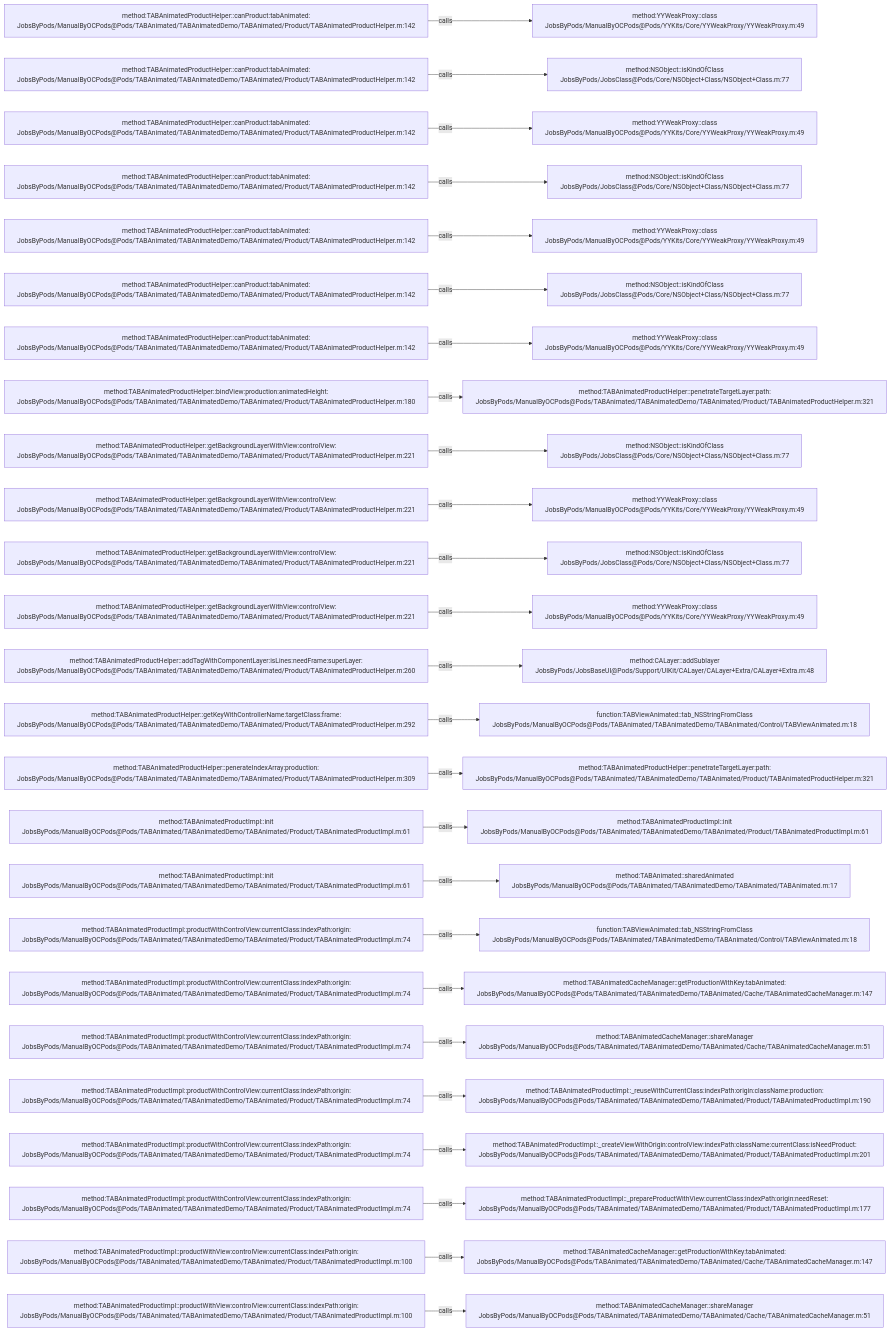
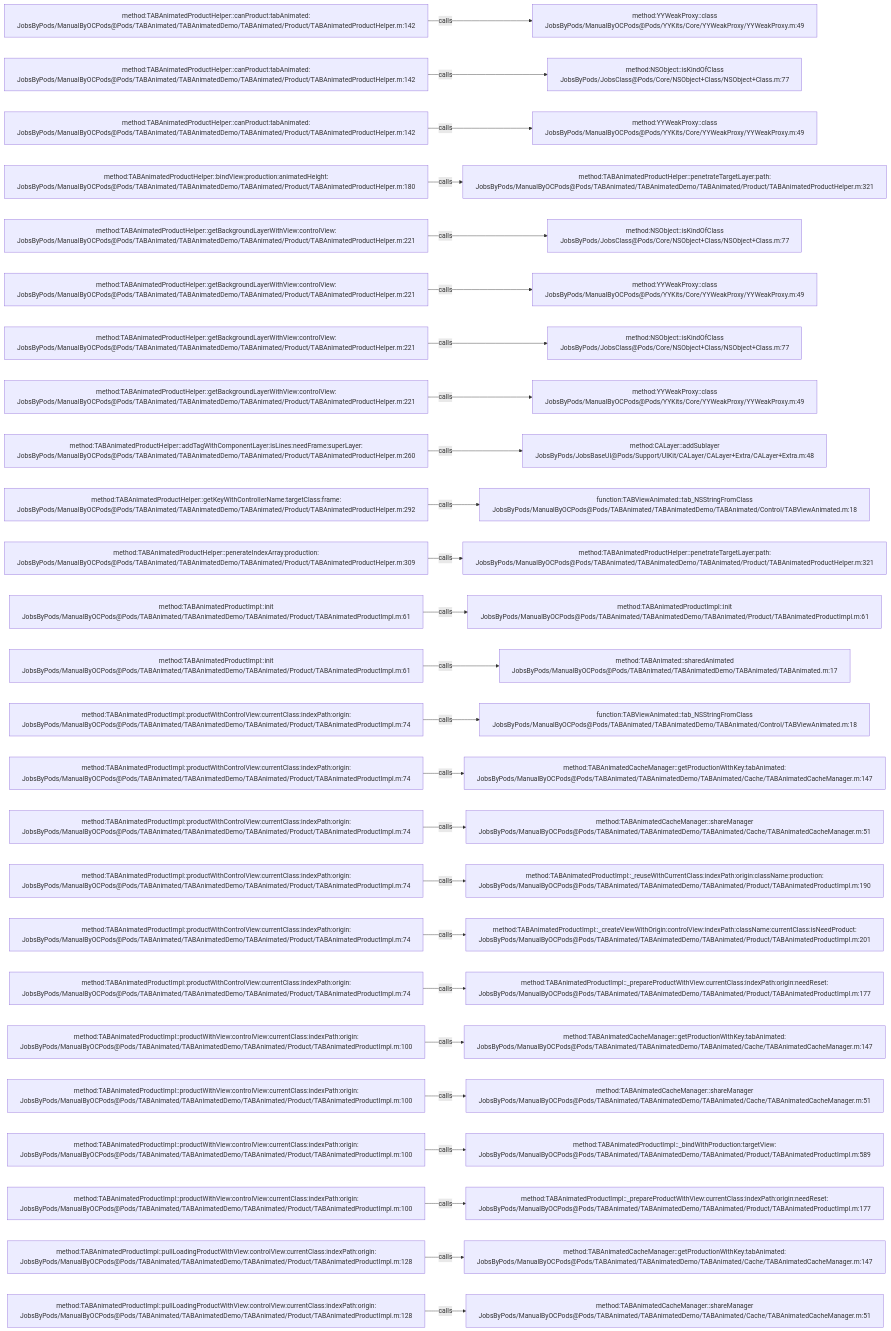
The diagram in .codegraph/codegraph.md/graphs/calls-032.md (JobsKits/JobsOCBaseConfigDemo), drawn with Mermaid before and after one commit. The commit also changed 727 other files, not shown here.

````diff
--- a/.codegraph/codegraph.md/graphs/calls-032.md
+++ b/.codegraph/codegraph.md/graphs/calls-032.md
@@ -13,78 +13,78 @@
 ```mermaid
 flowchart LR
   S1["method:TABAnimatedProductHelper::canProduct:tabAnimated:<br/>JobsByPods/ManualByOCPods@Pods/TABAnimated/TABAnimatedDemo/TABAnimated/Product/TABAnimatedProductHelper.m:142"]
   T1["method:YYWeakProxy::class<br/>JobsByPods/ManualByOCPods@Pods/YYKits/Core/YYWeakProxy/YYWeakProxy.m:49"]
   S1 -->|calls| T1
   S2["method:TABAnimatedProductHelper::canProduct:tabAnimated:<br/>JobsByPods/ManualByOCPods@Pods/TABAnimated/TABAnimatedDemo/TABAnimated/Product/TABAnimatedProductHelper.m:142"]
   T2["method:NSObject::isKindOfClass<br/>JobsByPods/JobsClass@Pods/Core/NSObject+Class/NSObject+Class.m:77"]
   S2 -->|calls| T2
   S3["method:TABAnimatedProductHelper::canProduct:tabAnimated:<br/>JobsByPods/ManualByOCPods@Pods/TABAnimated/TABAnimatedDemo/TABAnimated/Product/TABAnimatedProductHelper.m:142"]
   T3["method:YYWeakProxy::class<br/>JobsByPods/ManualByOCPods@Pods/YYKits/Core/YYWeakProxy/YYWeakProxy.m:49"]
   S3 -->|calls| T3
-  S4["method:TABAnimatedProductHelper::canProduct:tabAnimated:<br/>JobsByPods/ManualByOCPods@Pods/TABAnimated/TABAnimatedDemo/TABAnimated/Product/TABAnimatedProductHelper.m:142"]
-  T4["method:NSObject::isKindOfClass<br/>JobsByPods/JobsClass@Pods/Core/NSObject+Class/NSObject+Class.m:77"]
+  S4["method:TABAnimatedProductHelper::bindView:production:animatedHeight:<br/>JobsByPods/ManualByOCPods@Pods/TABAnimated/TABAnimatedDemo/TABAnimated/Product/TABAnimatedProductHelper.m:180"]
+  T4["method:TABAnimatedProductHelper::penetrateTargetLayer:path:<br/>JobsByPods/ManualByOCPods@Pods/TABAnimated/TABAnimatedDemo/TABAnimated/Product/TABAnimatedProductHelper.m:321"]
   S4 -->|calls| T4
-  S5["method:TABAnimatedProductHelper::canProduct:tabAnimated:<br/>JobsByPods/ManualByOCPods@Pods/TABAnimated/TABAnimatedDemo/TABAnimated/Product/TABAnimatedProductHelper.m:142"]
-  T5["method:YYWeakProxy::class<br/>JobsByPods/ManualByOCPods@Pods/YYKits/Core/YYWeakProxy/YYWeakProxy.m:49"]
+  S5["method:TABAnimatedProductHelper::getBackgroundLayerWithView:controlView:<br/>JobsByPods/ManualByOCPods@Pods/TABAnimated/TABAnimatedDemo/TABAnimated/Product/TABAnimatedProductHelper.m:221"]
+  T5["method:NSObject::isKindOfClass<br/>JobsByPods/JobsClass@Pods/Core/NSObject+Class/NSObject+Class.m:77"]
   S5 -->|calls| T5
-  S6["method:TABAnimatedProductHelper::canProduct:tabAnimated:<br/>JobsByPods/ManualByOCPods@Pods/TABAnimated/TABAnimatedDemo/TABAnimated/Product/TABAnimatedProductHelper.m:142"]
-  T6["method:NSObject::isKindOfClass<br/>JobsByPods/JobsClass@Pods/Core/NSObject+Class/NSObject+Class.m:77"]
+  S6["method:TABAnimatedProductHelper::getBackgroundLayerWithView:controlView:<br/>JobsByPods/ManualByOCPods@Pods/TABAnimated/TABAnimatedDemo/TABAnimated/Product/TABAnimatedProductHelper.m:221"]
+  T6["method:YYWeakProxy::class<br/>JobsByPods/ManualByOCPods@Pods/YYKits/Core/YYWeakProxy/YYWeakProxy.m:49"]
   S6 -->|calls| T6
-  S7["method:TABAnimatedProductHelper::canProduct:tabAnimated:<br/>JobsByPods/ManualByOCPods@Pods/TABAnimated/TABAnimatedDemo/TABAnimated/Product/TABAnimatedProductHelper.m:142"]
-  T7["method:YYWeakProxy::class<br/>JobsByPods/ManualByOCPods@Pods/YYKits/Core/YYWeakProxy/YYWeakProxy.m:49"]
+  S7["method:TABAnimatedProductHelper::getBackgroundLayerWithView:controlView:<br/>JobsByPods/ManualByOCPods@Pods/TABAnimated/TABAnimatedDemo/TABAnimated/Product/TABAnimatedProductHelper.m:221"]
+  T7["method:NSObject::isKindOfClass<br/>JobsByPods/JobsClass@Pods/Core/NSObject+Class/NSObject+Class.m:77"]
   S7 -->|calls| T7
-  S8["method:TABAnimatedProductHelper::bindView:production:animatedHeight:<br/>JobsByPods/ManualByOCPods@Pods/TABAnimated/TABAnimatedDemo/TABAnimated/Product/TABAnimatedProductHelper.m:180"]
-  T8["method:TABAnimatedProductHelper::penetrateTargetLayer:path:<br/>JobsByPods/ManualByOCPods@Pods/TABAnimated/TABAnimatedDemo/TABAnimated/Product/TABAnimatedProductHelper.m:321"]
+  S8["method:TABAnimatedProductHelper::getBackgroundLayerWithView:controlView:<br/>JobsByPods/ManualByOCPods@Pods/TABAnimated/TABAnimatedDemo/TABAnimated/Product/TABAnimatedProductHelper.m:221"]
+  T8["method:YYWeakProxy::class<br/>JobsByPods/ManualByOCPods@Pods/YYKits/Core/YYWeakProxy/YYWeakProxy.m:49"]
   S8 -->|calls| T8
-  S9["method:TABAnimatedProductHelper::getBackgroundLayerWithView:controlView:<br/>JobsByPods/ManualByOCPods@Pods/TABAnimated/TABAnimatedDemo/TABAnimated/Product/TABAnimatedProductHelper.m:221"]
-  T9["method:NSObject::isKindOfClass<br/>JobsByPods/JobsClass@Pods/Core/NSObject+Class/NSObject+Class.m:77"]
+  S9["method:TABAnimatedProductHelper::addTagWithComponentLayer:isLines:needFrame:superLayer:<br/>JobsByPods/ManualByOCPods@Pods/TABAnimated/TABAnimatedDemo/TABAnimated/Product/TABAnimatedProductHelper.m:260"]
+  T9["method:CALayer::addSublayer<br/>JobsByPods/JobsBaseUI@Pods/Support/UIKit/CALayer/CALayer+Extra/CALayer+Extra.m:48"]
   S9 -->|calls| T9
-  S10["method:TABAnimatedProductHelper::getBackgroundLayerWithView:controlView:<br/>JobsByPods/ManualByOCPods@Pods/TABAnimated/TABAnimatedDemo/TABAnimated/Product/TABAnimatedProductHelper.m:221"]
-  T10["method:YYWeakProxy::class<br/>JobsByPods/ManualByOCPods@Pods/YYKits/Core/YYWeakProxy/YYWeakProxy.m:49"]
+  S10["method:TABAnimatedProductHelper::getKeyWithControllerName:targetClass:frame:<br/>JobsByPods/ManualByOCPods@Pods/TABAnimated/TABAnimatedDemo/TABAnimated/Product/TABAnimatedProductHelper.m:292"]
+  T10["function:TABViewAnimated::tab_NSStringFromClass<br/>JobsByPods/ManualByOCPods@Pods/TABAnimated/TABAnimatedDemo/TABAnimated/Control/TABViewAnimated.m:18"]
   S10 -->|calls| T10
-  S11["method:TABAnimatedProductHelper::getBackgroundLayerWithView:controlView:<br/>JobsByPods/ManualByOCPods@Pods/TABAnimated/TABAnimatedDemo/TABAnimated/Product/TABAnimatedProductHelper.m:221"]
-  T11["method:NSObject::isKindOfClass<br/>JobsByPods/JobsClass@Pods/Core/NSObject+Class/NSObject+Class.m:77"]
+  S11["method:TABAnimatedProductHelper::penerateIndexArray:production:<br/>JobsByPods/ManualByOCPods@Pods/TABAnimated/TABAnimatedDemo/TABAnimated/Product/TABAnimatedProductHelper.m:309"]
+  T11["method:TABAnimatedProductHelper::penetrateTargetLayer:path:<br/>JobsByPods/ManualByOCPods@Pods/TABAnimated/TABAnimatedDemo/TABAnimated/Product/TABAnimatedProductHelper.m:321"]
   S11 -->|calls| T11
-  S12["method:TABAnimatedProductHelper::getBackgroundLayerWithView:controlView:<br/>JobsByPods/ManualByOCPods@Pods/TABAnimated/TABAnimatedDemo/TABAnimated/Product/TABAnimatedProductHelper.m:221"]
-  T12["method:YYWeakProxy::class<br/>JobsByPods/ManualByOCPods@Pods/YYKits/Core/YYWeakProxy/YYWeakProxy.m:49"]
+  S12["method:TABAnimatedProductImpl::init<br/>JobsByPods/ManualByOCPods@Pods/TABAnimated/TABAnimatedDemo/TABAnimated/Product/TABAnimatedProductImpl.m:61"]
+  T12["method:TABAnimatedProductImpl::init<br/>JobsByPods/ManualByOCPods@Pods/TABAnimated/TABAnimatedDemo/TABAnimated/Product/TABAnimatedProductImpl.m:61"]
   S12 -->|calls| T12
-  S13["method:TABAnimatedProductHelper::addTagWithComponentLayer:isLines:needFrame:superLayer:<br/>JobsByPods/ManualByOCPods@Pods/TABAnimated/TABAnimatedDemo/TABAnimated/Product/TABAnimatedProductHelper.m:260"]
-  T13["method:CALayer::addSublayer<br/>JobsByPods/JobsBaseUI@Pods/Support/UIKit/CALayer/CALayer+Extra/CALayer+Extra.m:48"]
+  S13["method:TABAnimatedProductImpl::init<br/>JobsByPods/ManualByOCPods@Pods/TABAnimated/TABAnimatedDemo/TABAnimated/Product/TABAnimatedProductImpl.m:61"]
+  T13["method:TABAnimated::sharedAnimated<br/>JobsByPods/ManualByOCPods@Pods/TABAnimated/TABAnimatedDemo/TABAnimated/TABAnimated.m:17"]
   S13 -->|calls| T13
-  S14["method:TABAnimatedProductHelper::getKeyWithControllerName:targetClass:frame:<br/>JobsByPods/ManualByOCPods@Pods/TABAnimated/TABAnimatedDemo/TABAnimated/Product/TABAnimatedProductHelper.m:292"]
+  S14["method:TABAnimatedProductImpl::productWithControlView:currentClass:indexPath:origin:<br/>JobsByPods/ManualByOCPods@Pods/TABAnimated/TABAnimatedDemo/TABAnimated/Product/TABAnimatedProductImpl.m:74"]
   T14["function:TABViewAnimated::tab_NSStringFromClass<br/>JobsByPods/ManualByOCPods@Pods/TABAnimated/TABAnimatedDemo/TABAnimated/Control/TABViewAnimated.m:18"]
   S14 -->|calls| T14
-  S15["method:TABAnimatedProductHelper::penerateIndexArray:production:<br/>JobsByPods/ManualByOCPods@Pods/TABAnimated/TABAnimatedDemo/TABAnimated/Product/TABAnimatedProductHelper.m:309"]
-  T15["method:TABAnimatedProductHelper::penetrateTargetLayer:path:<br/>JobsByPods/ManualByOCPods@Pods/TABAnimated/TABAnimatedDemo/TABAnimated/Product/TABAnimatedProductHelper.m:321"]
+  S15["method:TABAnimatedProductImpl::productWithControlView:currentClass:indexPath:origin:<br/>JobsByPods/ManualByOCPods@Pods/TABAnimated/TABAnimatedDemo/TABAnimated/Product/TABAnimatedProductImpl.m:74"]
+  T15["method:TABAnimatedCacheManager::getProductionWithKey:tabAnimated:<br/>JobsByPods/ManualByOCPods@Pods/TABAnimated/TABAnimatedDemo/TABAnimated/Cache/TABAnimatedCacheManager.m:147"]
   S15 -->|calls| T15
-  S16["method:TABAnimatedProductImpl::init<br/>JobsByPods/ManualByOCPods@Pods/TABAnimated/TABAnimatedDemo/TABAnimated/Product/TABAnimatedProductImpl.m:61"]
-  T16["method:TABAnimatedProductImpl::init<br/>JobsByPods/ManualByOCPods@Pods/TABAnimated/TABAnimatedDemo/TABAnimated/Product/TABAnimatedProductImpl.m:61"]
+  S16["method:TABAnimatedProductImpl::productWithControlView:currentClass:indexPath:origin:<br/>JobsByPods/ManualByOCPods@Pods/TABAnimated/TABAnimatedDemo/TABAnimated/Product/TABAnimatedProductImpl.m:74"]
+  T16["method:TABAnimatedCacheManager::shareManager<br/>JobsByPods/ManualByOCPods@Pods/TABAnimated/TABAnimatedDemo/TABAnimated/Cache/TABAnimatedCacheManager.m:51"]
   S16 -->|calls| T16
-  S17["method:TABAnimatedProductImpl::init<br/>JobsByPods/ManualByOCPods@Pods/TABAnimated/TABAnimatedDemo/TABAnimated/Product/TABAnimatedProductImpl.m:61"]
-  T17["method:TABAnimated::sharedAnimated<br/>JobsByPods/ManualByOCPods@Pods/TABAnimated/TABAnimatedDemo/TABAnimated/TABAnimated.m:17"]
+  S17["method:TABAnimatedProductImpl::productWithControlView:currentClass:indexPath:origin:<br/>JobsByPods/ManualByOCPods@Pods/TABAnimated/TABAnimatedDemo/TABAnimated/Product/TABAnimatedProductImpl.m:74"]
+  T17["method:TABAnimatedProductImpl::_reuseWithCurrentClass:indexPath:origin:className:production:<br/>JobsByPods/ManualByOCPods@Pods/TABAnimated/TABAnimatedDemo/TABAnimated/Product/TABAnimatedProductImpl.m:190"]
   S17 -->|calls| T17
   S18["method:TABAnimatedProductImpl::productWithControlView:currentClass:indexPath:origin:<br/>JobsByPods/ManualByOCPods@Pods/TABAnimated/TABAnimatedDemo/TABAnimated/Product/TABAnimatedProductImpl.m:74"]
-  T18["function:TABViewAnimated::tab_NSStringFromClass<br/>JobsByPods/ManualByOCPods@Pods/TABAnimated/TABAnimatedDemo/TABAnimated/Control/TABViewAnimated.m:18"]
+  T18["method:TABAnimatedProductImpl::_createViewWithOrigin:controlView:indexPath:className:currentClass:isNeedProduct:<br/>JobsByPods/ManualByOCPods@Pods/TABAnimated/TABAnimatedDemo/TABAnimated/Product/TABAnimatedProductImpl.m:201"]
   S18 -->|calls| T18
   S19["method:TABAnimatedProductImpl::productWithControlView:currentClass:indexPath:origin:<br/>JobsByPods/ManualByOCPods@Pods/TABAnimated/TABAnimatedDemo/TABAnimated/Product/TABAnimatedProductImpl.m:74"]
-  T19["method:TABAnimatedCacheManager::getProductionWithKey:tabAnimated:<br/>JobsByPods/ManualByOCPods@Pods/TABAnimated/TABAnimatedDemo/TABAnimated/Cache/TABAnimatedCacheManager.m:147"]
+  T19["method:TABAnimatedProductImpl::_prepareProductWithView:currentClass:indexPath:origin:needReset:<br/>JobsByPods/ManualByOCPods@Pods/TABAnimated/TABAnimatedDemo/TABAnimated/Product/TABAnimatedProductImpl.m:177"]
   S19 -->|calls| T19
-  S20["method:TABAnimatedProductImpl::productWithControlView:currentClass:indexPath:origin:<br/>JobsByPods/ManualByOCPods@Pods/TABAnimated/TABAnimatedDemo/TABAnimated/Product/TABAnimatedProductImpl.m:74"]
-  T20["method:TABAnimatedCacheManager::shareManager<br/>JobsByPods/ManualByOCPods@Pods/TABAnimated/TABAnimatedDemo/TABAnimated/Cache/TABAnimatedCacheManager.m:51"]
+  S20["method:TABAnimatedProductImpl::productWithView:controlView:currentClass:indexPath:origin:<br/>JobsByPods/ManualByOCPods@Pods/TABAnimated/TABAnimatedDemo/TABAnimated/Product/TABAnimatedProductImpl.m:100"]
+  T20["method:TABAnimatedCacheManager::getProductionWithKey:tabAnimated:<br/>JobsByPods/ManualByOCPods@Pods/TABAnimated/TABAnimatedDemo/TABAnimated/Cache/TABAnimatedCacheManager.m:147"]
   S20 -->|calls| T20
-  S21["method:TABAnimatedProductImpl::productWithControlView:currentClass:indexPath:origin:<br/>JobsByPods/ManualByOCPods@Pods/TABAnimated/TABAnimatedDemo/TABAnimated/Product/TABAnimatedProductImpl.m:74"]
-  T21["method:TABAnimatedProductImpl::_reuseWithCurrentClass:indexPath:origin:className:production:<br/>JobsByPods/ManualByOCPods@Pods/TABAnimated/TABAnimatedDemo/TABAnimated/Product/TABAnimatedProductImpl.m:190"]
+  S21["method:TABAnimatedProductImpl::productWithView:controlView:currentClass:indexPath:origin:<br/>JobsByPods/ManualByOCPods@Pods/TABAnimated/TABAnimatedDemo/TABAnimated/Product/TABAnimatedProductImpl.m:100"]
+  T21["method:TABAnimatedCacheManager::shareManager<br/>JobsByPods/ManualByOCPods@Pods/TABAnimated/TABAnimatedDemo/TABAnimated/Cache/TABAnimatedCacheManager.m:51"]
   S21 -->|calls| T21
-  S22["method:TABAnimatedProductImpl::productWithControlView:currentClass:indexPath:origin:<br/>JobsByPods/ManualByOCPods@Pods/TABAnimated/TABAnimatedDemo/TABAnimated/Product/TABAnimatedProductImpl.m:74"]
-  T22["method:TABAnimatedProductImpl::_createViewWithOrigin:controlView:indexPath:className:currentClass:isNeedProduct:<br/>JobsByPods/ManualByOCPods@Pods/TABAnimated/TABAnimatedDemo/TABAnimated/Product/TABAnimatedProductImpl.m:201"]
+  S22["method:TABAnimatedProductImpl::productWithView:controlView:currentClass:indexPath:origin:<br/>JobsByPods/ManualByOCPods@Pods/TABAnimated/TABAnimatedDemo/TABAnimated/Product/TABAnimatedProductImpl.m:100"]
+  T22["method:TABAnimatedProductImpl::_bindWithProduction:targetView:<br/>JobsByPods/ManualByOCPods@Pods/TABAnimated/TABAnimatedDemo/TABAnimated/Product/TABAnimatedProductImpl.m:589"]
   S22 -->|calls| T22
-  S23["method:TABAnimatedProductImpl::productWithControlView:currentClass:indexPath:origin:<br/>JobsByPods/ManualByOCPods@Pods/TABAnimated/TABAnimatedDemo/TABAnimated/Product/TABAnimatedProductImpl.m:74"]
+  S23["method:TABAnimatedProductImpl::productWithView:controlView:currentClass:indexPath:origin:<br/>JobsByPods/ManualByOCPods@Pods/TABAnimated/TABAnimatedDemo/TABAnimated/Product/TABAnimatedProductImpl.m:100"]
   T23["method:TABAnimatedProductImpl::_prepareProductWithView:currentClass:indexPath:origin:needReset:<br/>JobsByPods/ManualByOCPods@Pods/TABAnimated/TABAnimatedDemo/TABAnimated/Product/TABAnimatedProductImpl.m:177"]
   S23 -->|calls| T23
-  S24["method:TABAnimatedProductImpl::productWithView:controlView:currentClass:indexPath:origin:<br/>JobsByPods/ManualByOCPods@Pods/TABAnimated/TABAnimatedDemo/TABAnimated/Product/TABAnimatedProductImpl.m:100"]
+  S24["method:TABAnimatedProductImpl::pullLoadingProductWithView:controlView:currentClass:indexPath:origin:<br/>JobsByPods/ManualByOCPods@Pods/TABAnimated/TABAnimatedDemo/TABAnimated/Product/TABAnimatedProductImpl.m:128"]
   T24["method:TABAnimatedCacheManager::getProductionWithKey:tabAnimated:<br/>JobsByPods/ManualByOCPods@Pods/TABAnimated/TABAnimatedDemo/TABAnimated/Cache/TABAnimatedCacheManager.m:147"]
   S24 -->|calls| T24
-  S25["method:TABAnimatedProductImpl::productWithView:controlView:currentClass:indexPath:origin:<br/>JobsByPods/ManualByOCPods@Pods/TABAnimated/TABAnimatedDemo/TABAnimated/Product/TABAnimatedProductImpl.m:100"]
+  S25["method:TABAnimatedProductImpl::pullLoadingProductWithView:controlView:currentClass:indexPath:origin:<br/>JobsByPods/ManualByOCPods@Pods/TABAnimated/TABAnimatedDemo/TABAnimated/Product/TABAnimatedProductImpl.m:128"]
   T25["method:TABAnimatedCacheManager::shareManager<br/>JobsByPods/ManualByOCPods@Pods/TABAnimated/TABAnimatedDemo/TABAnimated/Cache/TABAnimatedCacheManager.m:51"]
   S25 -->|calls| T25
 ```
````
